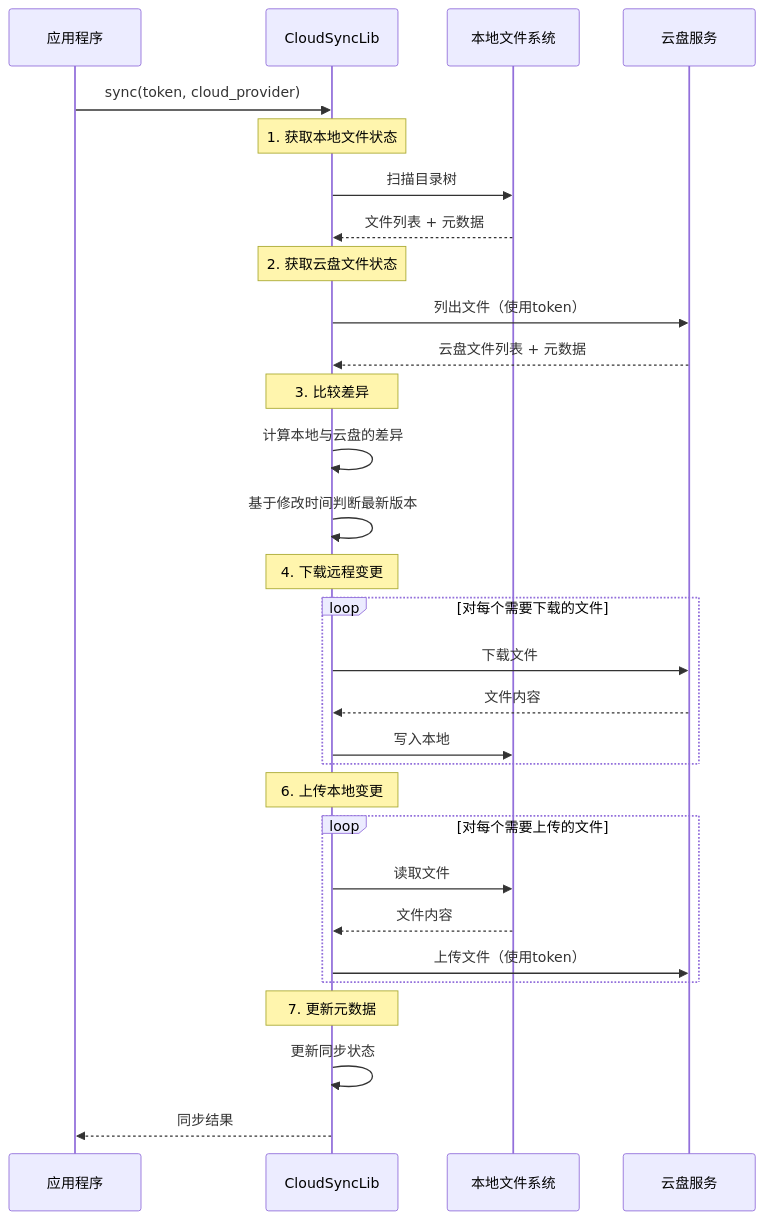
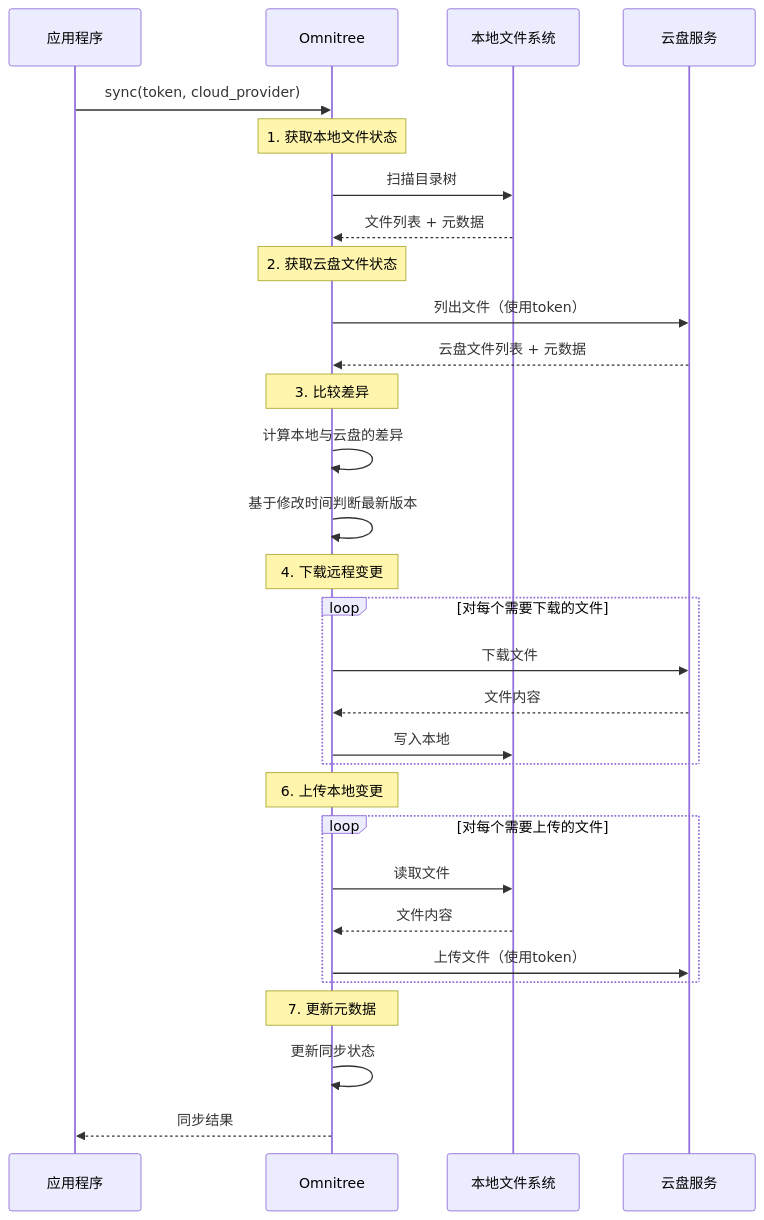
The third of 4 diagrams in README.md (Camel9527/omnitree), drawn with Mermaid before and after one commit. The commit also changed other lines of this file, not shown here.

Commit message:
Rename CloudSyncLib to Omnitree in documentation

````diff
--- a/README.md
+++ b/README.md
@@ -164,40 +164,40 @@
 ```mermaid
 sequenceDiagram
     participant App as 应用程序
-    participant Lib as CloudSyncLib
+    participant Lib as Omnitree
     participant Local as 本地文件系统
     participant Cloud as 云盘服务
     
     App->>Lib: sync(token, cloud_provider)
     
     Note over Lib: 1. 获取本地文件状态
     Lib->>Local: 扫描目录树
     Local-->>Lib: 文件列表 + 元数据
     
     Note over Lib: 2. 获取云盘文件状态
     Lib->>Cloud: 列出文件（使用token）
     Cloud-->>Lib: 云盘文件列表 + 元数据
     
     Note over Lib: 3. 比较差异
     Lib->>Lib: 计算本地与云盘的差异
     Lib->>Lib: 基于修改时间判断最新版本
     
     Note over Lib: 4. 下载远程变更
     loop 对每个需要下载的文件
         Lib->>Cloud: 下载文件
         Cloud-->>Lib: 文件内容
         Lib->>Local: 写入本地
     end
     
     Note over Lib: 6. 上传本地变更
     loop 对每个需要上传的文件
         Lib->>Local: 读取文件
         Local-->>Lib: 文件内容
         Lib->>Cloud: 上传文件（使用token）
     end
     
     Note over Lib: 7. 更新元数据
     Lib->>Lib: 更新同步状态
     
     Lib-->>App: 同步结果
 ```
````
